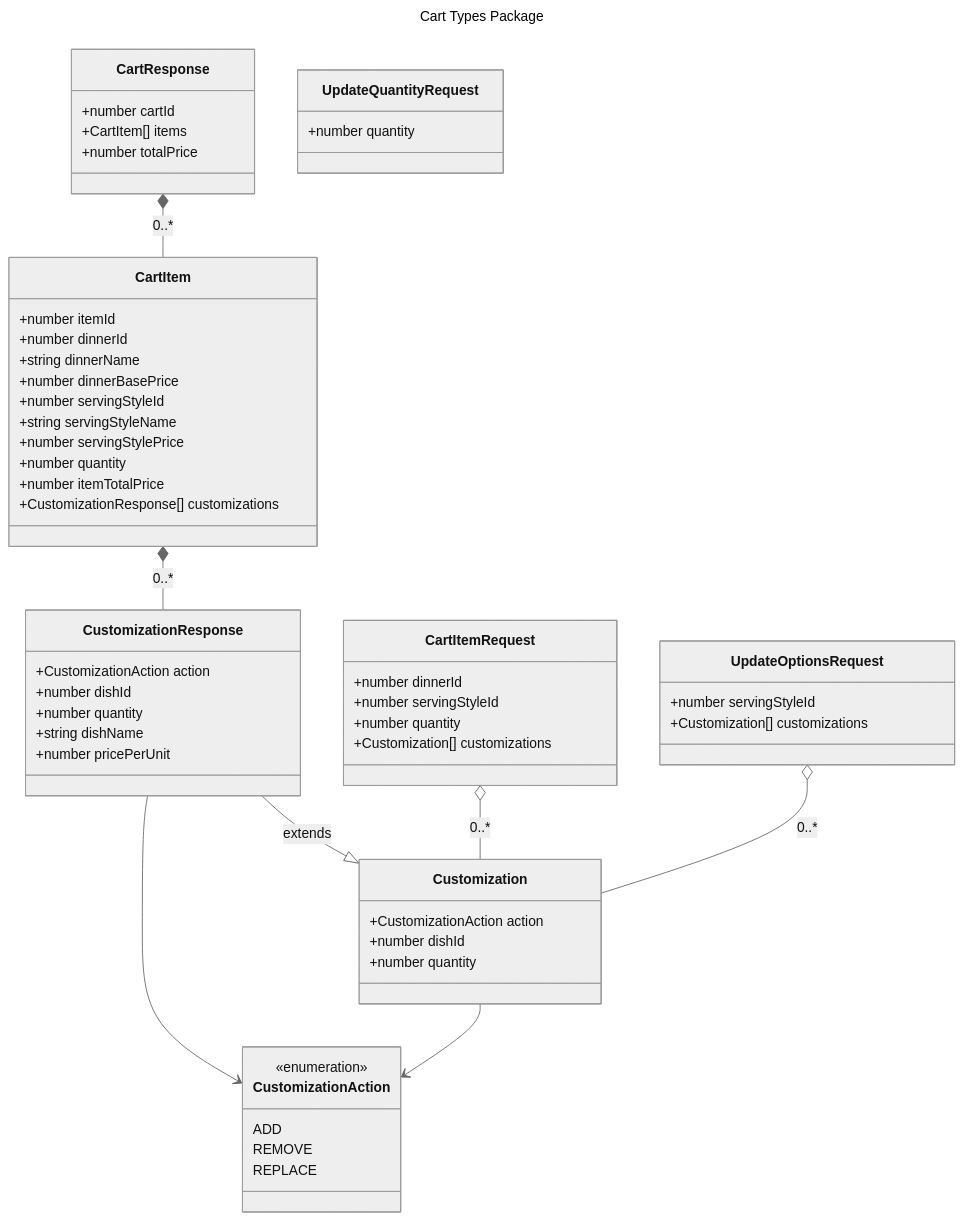
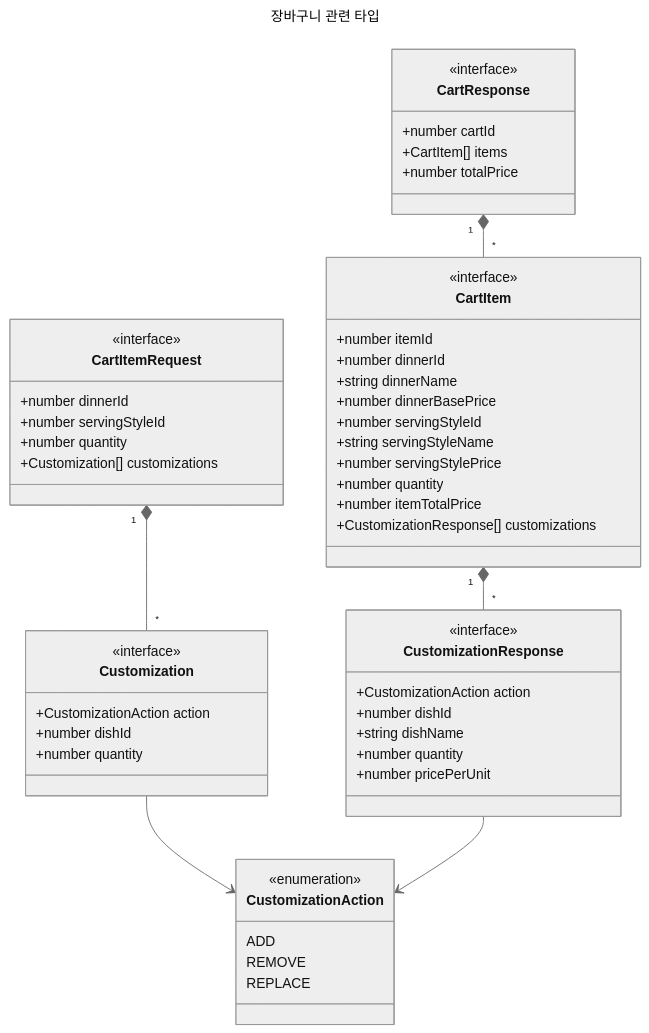
One commit to Ddogan-zip/ddoganzip-frontend changed the fourth of 15 diagrams in docs/class-diagram.md. Above: the diagram before and after it, drawn with Mermaid (neutral theme). The commit also changed other lines of this file, not shown here.

Commit message:
Update class diagram with voice ordering system

````diff
--- a/docs/class-diagram.md
+++ b/docs/class-diagram.md
@@ -879,71 +178,65 @@
 ```mermaid
 ---
-title: Cart Types Package
+title: 장바구니 관련 타입
 ---
 classDiagram
     direction TB
 
     class CustomizationAction {
         <<enumeration>>
         ADD
         REMOVE
         REPLACE
     }
 
     class Customization {
+        <<interface>>
         +CustomizationAction action
         +number dishId
         +number quantity
     }
 
     class CustomizationResponse {
+        <<interface>>
         +CustomizationAction action
         +number dishId
+        +string dishName
         +number quantity
-        +string dishName
         +number pricePerUnit
     }
 
     class CartItemRequest {
+        <<interface>>
         +number dinnerId
         +number servingStyleId
         +number quantity
         +Customization[] customizations
     }
 
     class CartItem {
+        <<interface>>
         +number itemId
         +number dinnerId
         +string dinnerName
         +number dinnerBasePrice
         +number servingStyleId
         +string servingStyleName
         +number servingStylePrice
         +number quantity
         +number itemTotalPrice
         +CustomizationResponse[] customizations
     }
 
     class CartResponse {
+        <<interface>>
         +number cartId
         +CartItem[] items
         +number totalPrice
     }
 
-    class UpdateQuantityRequest {
-        +number quantity
-    }
-
-    class UpdateOptionsRequest {
-        +number servingStyleId
-        +Customization[] customizations
-    }
-
     Customization --> CustomizationAction
-    CustomizationResponse --|> Customization : extends
     CustomizationResponse --> CustomizationAction
-    CartItemRequest o-- Customization : 0..*
-    CartItem *-- CustomizationResponse : 0..*
-    CartResponse *-- CartItem : 0..*
-    UpdateOptionsRequest o-- Customization : 0..*
+    CartItemRequest "1" *-- "*" Customization
+    CartItem "1" *-- "*" CustomizationResponse
+    CartResponse "1" *-- "*" CartItem
 ```
````
